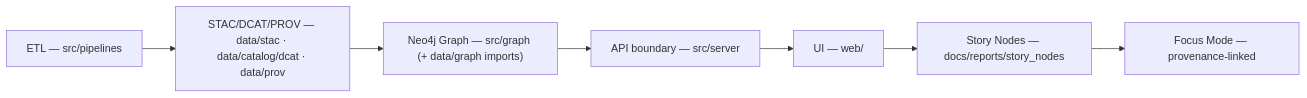
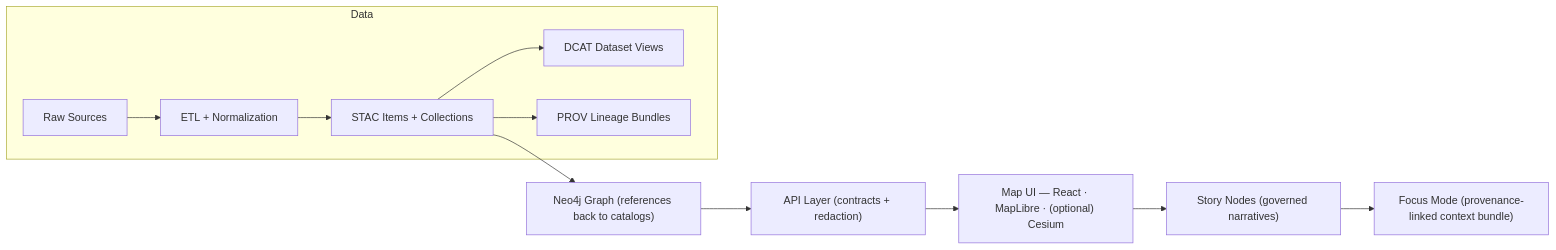
Before and after one commit to bartytime4life/Kansas-Frontier-Matrix: the diagram in docs/README.md, drawn with Mermaid. The commit also changed other lines of this file, not shown here.

```diff
--- a/docs/README.md
+++ b/docs/README.md
@@ -300,9 +80,15 @@
 ~~~mermaid
 flowchart LR
-  A["ETL — src/pipelines"] --> B["STAC/DCAT/PROV — data/stac · data/catalog/dcat · data/prov"]
-  B --> C["Neo4j Graph — src/graph (+ data/graph imports)"]
-  C --> D["API boundary — src/server"]
-  D --> E["UI — web/"]
-  E --> F["Story Nodes — docs/reports/story_nodes"]
-  F --> G["Focus Mode — provenance-linked"]
+  subgraph Data
+    A["Raw Sources"] --> B["ETL + Normalization"]
+    B --> C["STAC Items + Collections"]
+    C --> D["DCAT Dataset Views"]
+    C --> E["PROV Lineage Bundles"]
+  end
+
+  C --> G["Neo4j Graph (references back to catalogs)"]
+  G --> H["API Layer (contracts + redaction)"]
+  H --> I["Map UI — React · MapLibre · (optional) Cesium"]
+  I --> J["Story Nodes (governed narratives)"]
+  J --> K["Focus Mode (provenance-linked context bundle)"]
 ~~~
```
